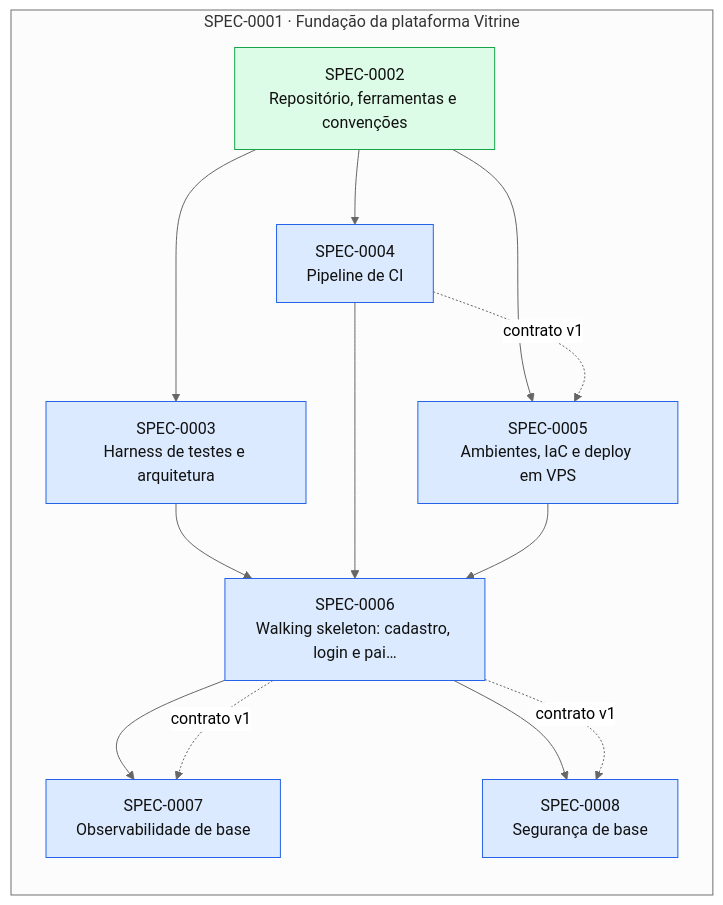
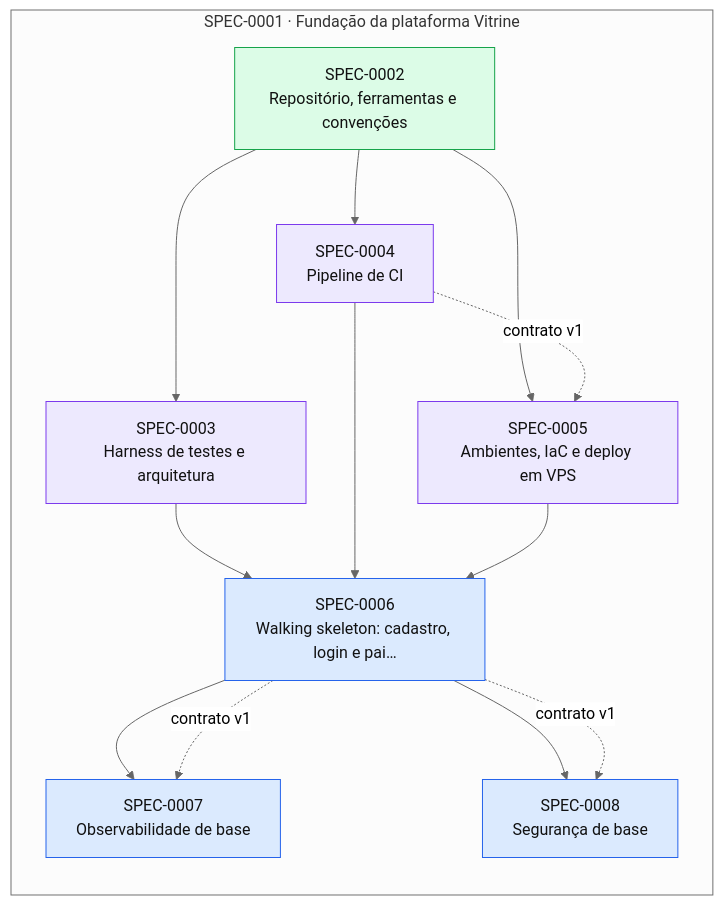
One commit to thomasravache/vitrine changed the diagram in docs/specs/INDEX.md. Above: the diagram before and after it, drawn with Mermaid (neutral theme). The commit also changed other lines of this file and 3 other files, not shown here.

````diff
--- a/docs/specs/INDEX.md
+++ b/docs/specs/INDEX.md
@@ -61,28 +61,28 @@
 ```mermaid
 flowchart LR
   subgraph E0001["SPEC-0001 · Fundação da plataforma Vitrine"]
     S0002["SPEC-0002<br/>Repositório, ferramentas e convenções"]:::implemented
-    S0003["SPEC-0003<br/>Harness de testes e arquitetura"]:::approved
-    S0004["SPEC-0004<br/>Pipeline de CI"]:::approved
-    S0005["SPEC-0005<br/>Ambientes, IaC e deploy em VPS"]:::approved
+    S0003["SPEC-0003<br/>Harness de testes e arquitetura"]:::inprogress
+    S0004["SPEC-0004<br/>Pipeline de CI"]:::inprogress
+    S0005["SPEC-0005<br/>Ambientes, IaC e deploy em VPS"]:::inprogress
     S0006["SPEC-0006<br/>Walking skeleton: cadastro, login e pai…"]:::approved
     S0007["SPEC-0007<br/>Observabilidade de base"]:::approved
     S0008["SPEC-0008<br/>Segurança de base"]:::approved
   end
   S0002 --> S0003
   S0002 --> S0004
   S0002 --> S0005
   S0004 -. contrato v1 .-> S0005
   S0003 --> S0006
   S0004 --> S0006
   S0005 --> S0006
   S0006 --> S0007
   S0006 -. contrato v1 .-> S0007
   S0006 --> S0008
   S0006 -. contrato v1 .-> S0008
   classDef proposed fill:#fef3c7,stroke:#d97706,color:#111
   classDef approved fill:#dbeafe,stroke:#2563eb,color:#111
   classDef inprogress fill:#ede9fe,stroke:#7c3aed,color:#111
   classDef implemented fill:#dcfce7,stroke:#16a34a,color:#111
   classDef deprecated fill:#f3f4f6,stroke:#9ca3af,color:#6b7280
 ```
````
